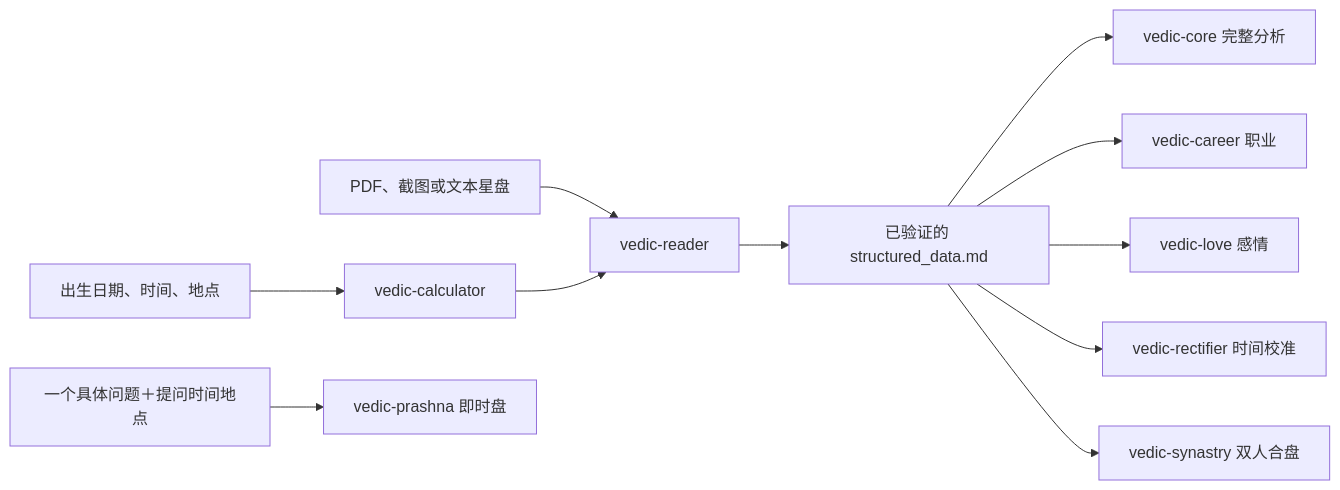
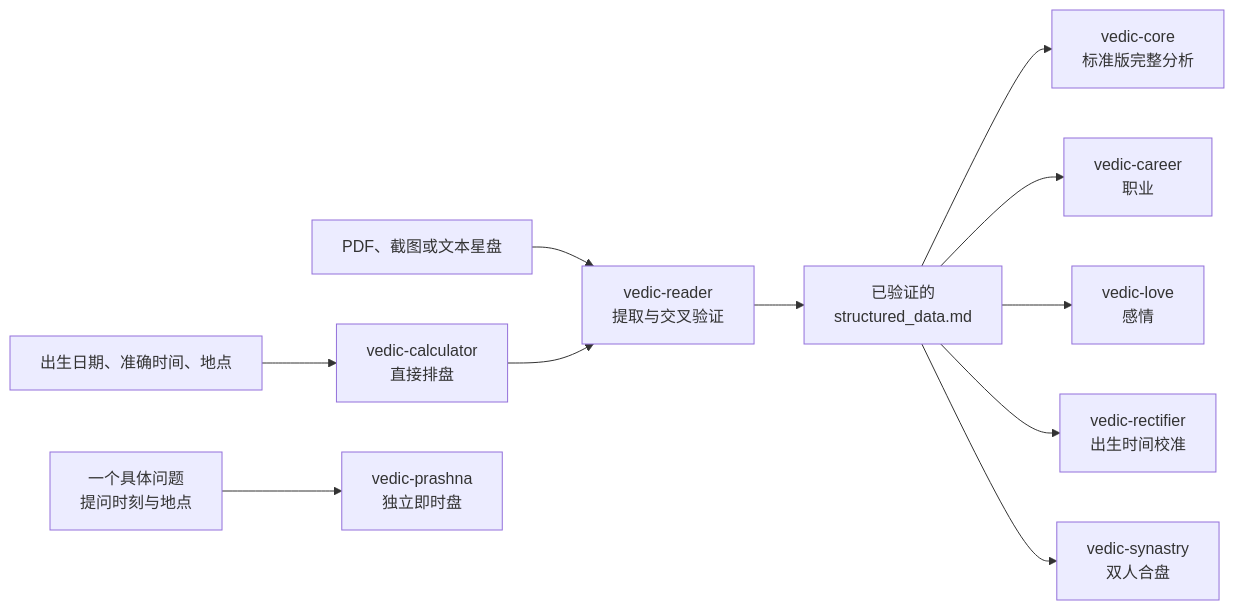
The diagram in README.md (CNWU16/vedic-astro-skills), drawn with Mermaid before and after one commit. The commit also changed other lines of this file and 3 other files, not shown here.

````diff
--- a/README.md
+++ b/README.md
@@ -44,13 +69,13 @@
 ```mermaid
 flowchart LR
-    A["出生日期、时间、地点"] --> B["vedic-calculator"]
-    C["PDF、截图或文本星盘"] --> D["vedic-reader"]
+    A["出生日期、准确时间、地点"] --> B["vedic-calculator<br>直接排盘"]
+    C["PDF、截图或文本星盘"] --> D["vedic-reader<br>提取与交叉验证"]
     B --> D
-    D --> E["已验证的 structured_data.md"]
-    E --> F["vedic-core 完整分析"]
-    E --> G["vedic-career 职业"]
-    E --> H["vedic-love 感情"]
-    E --> I["vedic-rectifier 时间校准"]
-    E --> J["vedic-synastry 双人合盘"]
-    K["一个具体问题＋提问时间地点"] --> L["vedic-prashna 即时盘"]
+    D --> E["已验证的<br>structured_data.md"]
+    E --> F["vedic-core<br>标准版完整分析"]
+    E --> G["vedic-career<br>职业"]
+    E --> H["vedic-love<br>感情"]
+    E --> I["vedic-rectifier<br>出生时间校准"]
+    E --> J["vedic-synastry<br>双人合盘"]
+    K["一个具体问题<br>提问时刻与地点"] --> L["vedic-prashna<br>独立即时盘"]
 ```
````
